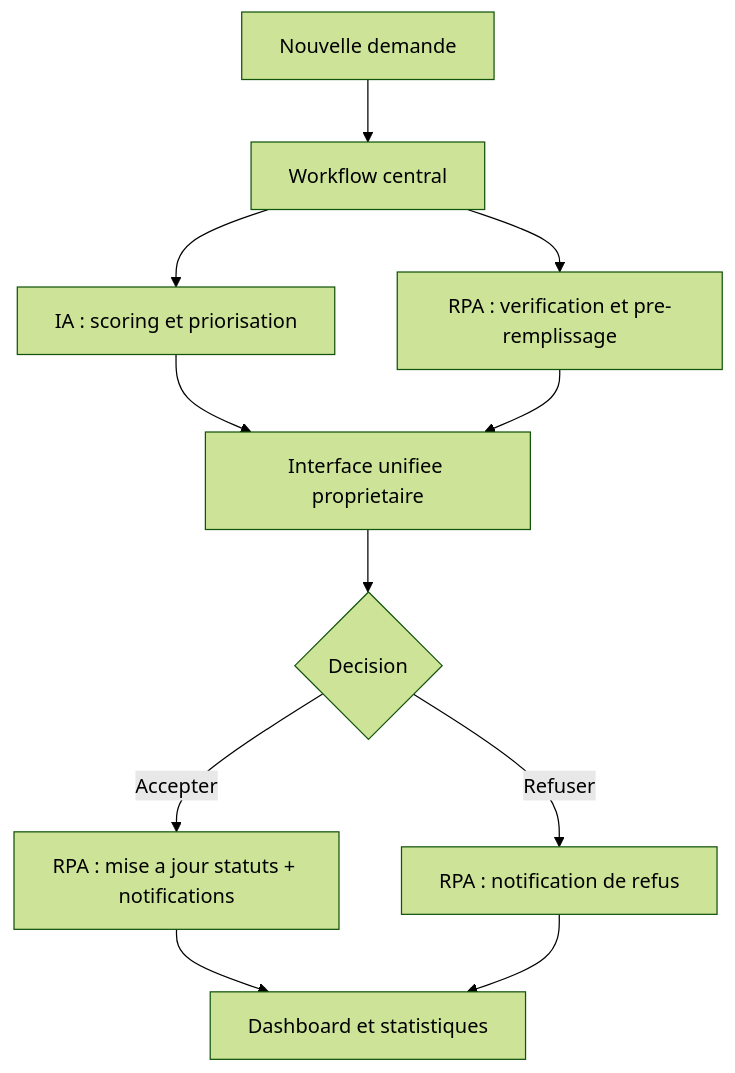
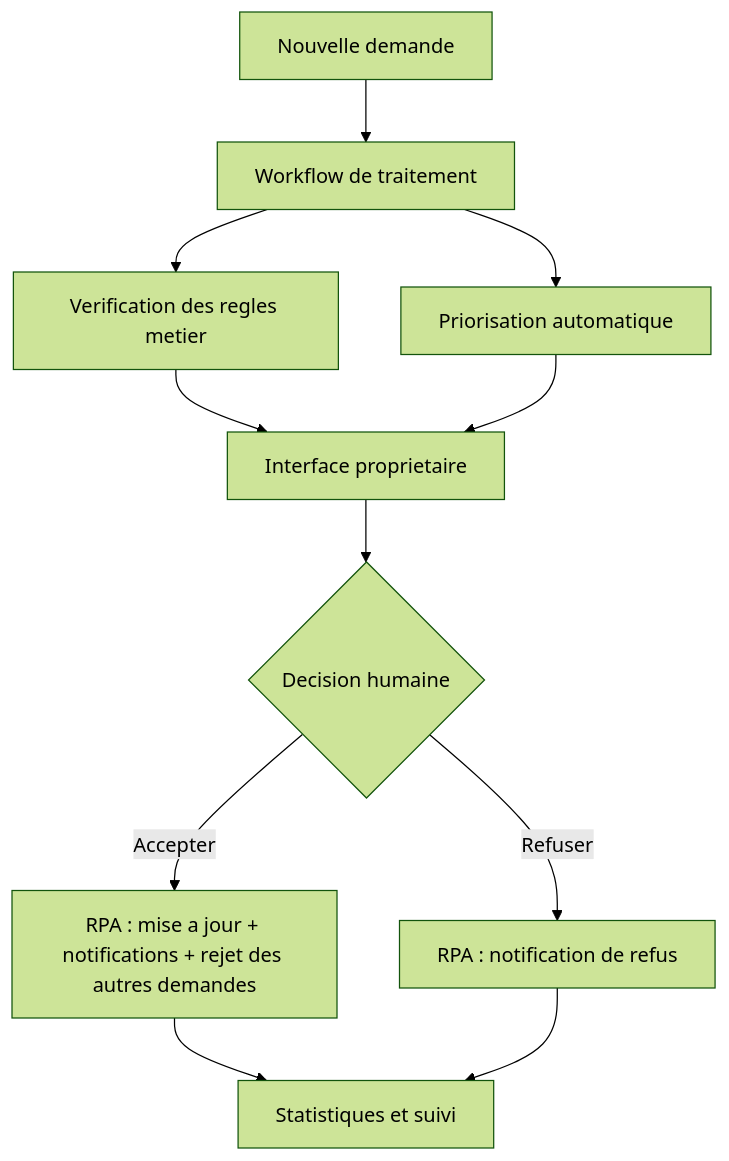
One commit to MrTBK/bookcycle-tunisia changed the third of 5 diagrams in RPA_AGL_DIAGRAMMES_ET_SECTIONS.md. Above: the diagram before and after it, drawn with Mermaid (forest theme). The commit also changed other lines of this file and 12 other files, not shown here.

````diff
--- a/RPA_AGL_DIAGRAMMES_ET_SECTIONS.md
+++ b/RPA_AGL_DIAGRAMMES_ET_SECTIONS.md
@@ -172,13 +157,13 @@
 ```mermaid
 flowchart TD
-    A["Nouvelle demande"] --> B["Workflow central"]
-    B --> C["IA : scoring et priorisation"]
-    B --> D["RPA : verification et pre-remplissage"]
-    C --> E["Interface unifiee proprietaire"]
+    A["Nouvelle demande"] --> B["Workflow de traitement"]
+    B --> C["Verification des regles metier"]
+    B --> D["Priorisation automatique"]
+    C --> E["Interface proprietaire"]
     D --> E
-    E --> F{"Decision"}
-    F -->|Accepter| G["RPA : mise a jour statuts + notifications"]
+    E --> F{"Decision humaine"}
+    F -->|Accepter| G["RPA : mise a jour + notifications + rejet des autres demandes"]
     F -->|Refuser| H["RPA : notification de refus"]
-    G --> I["Dashboard et statistiques"]
+    G --> I["Statistiques et suivi"]
     H --> I
 ```
````
